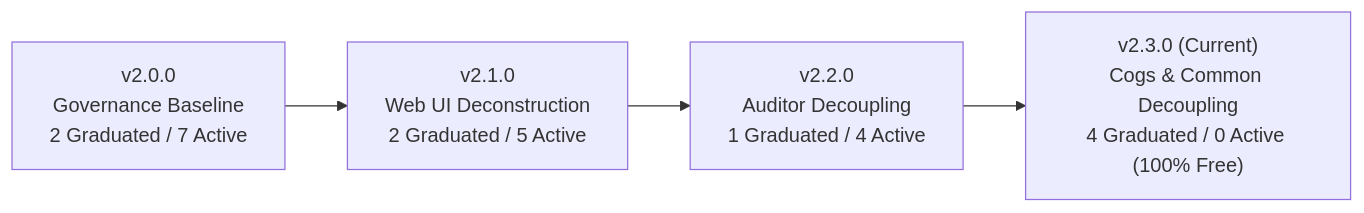
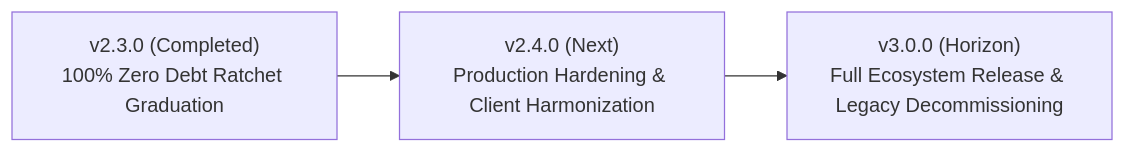
The diagram in ROADMAP.md (artibyrd/powercord), drawn with Mermaid before and after one commit. The commit also changed other lines of this file and 4 other files, not shown here.

Commit message:
docs: record v2.1-v2.3 releases in changelog, streamline roadmap, and align extension setup

````diff
--- a/ROADMAP.md
+++ b/ROADMAP.md
@@ -18,6 +19,5 @@
 ```mermaid
 graph LR
-    M20["v2.0.0<br/>Governance Baseline<br/>2 Graduated / 7 Active"] --> M21["v2.1.0<br/>Web UI Deconstruction<br/>2 Graduated / 5 Active"]
-    M21 --> M22["v2.2.0<br/>Auditor Decoupling<br/>1 Graduated / 4 Active"]
-    M22 --> M23["v2.3.0 (Current)<br/>Cogs & Common Decoupling<br/>4 Graduated / 0 Active (100% Free)"]
+    V23["v2.3.0 (Completed)<br/>100% Zero Debt Ratchet Graduation"] --> V24["v2.4.0 (Next)<br/>Production Hardening & Client Harmonization"]
+    V24 --> V30["v3.0.0 (Horizon)<br/>Full Ecosystem Release & Legacy Decommissioning"]
 ```
````
